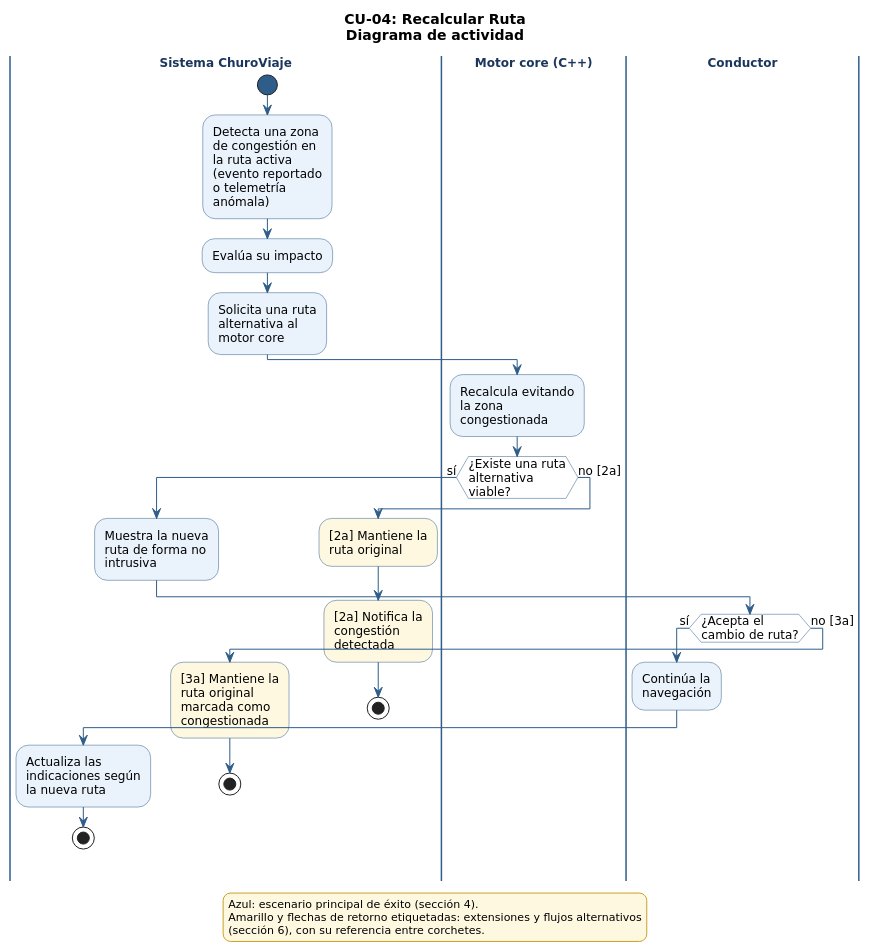
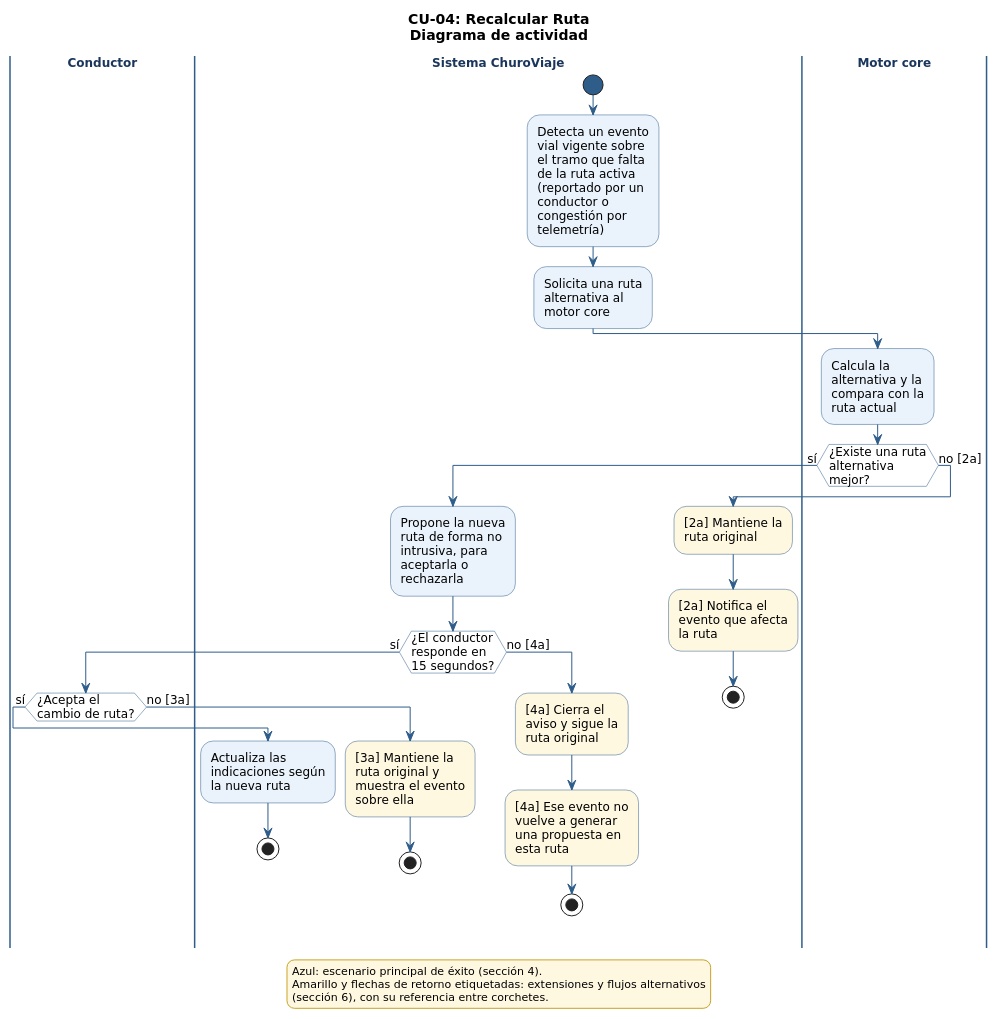
One commit to uniWASD/ChuroViajeInterno changed the diagram in 03_des/01_Diagramas_de_comportamiento/CU-04_RecalcularRuta.puml. Above: the diagram before and after it, drawn with PlantUML. The commit also changed 59 other files, not shown here.

Commit message:
docs(req): alinear Visión, CU, HU y diagramas con la arquitectura (T-086, #38)

```diff
--- a/03_des/01_Diagramas_de_comportamiento/CU-04_RecalcularRuta.puml
+++ b/03_des/01_Diagramas_de_comportamiento/CU-04_RecalcularRuta.puml
@@ -1,86 +1,101 @@
 @startuml CU-04_RecalcularRuta
 ' CU-04: Recalcular Ruta - Diagrama de comportamiento (actividad)
 ' Fuente: 02_req - Especificación de Casos de Uso (CU-01 a CU-08), secciones 4 y 6
-' Issue: T-045
+' Issue: T-045 (actualizado en T-086)
 
 skinparam shadowing false
 skinparam defaultFontName "DejaVu Sans"
 skinparam defaultFontSize 12
 skinparam wrapWidth 200
 skinparam ArrowColor #2F5D8A
 skinparam activity {
   BackgroundColor #EAF2FB
   BorderColor #2F5D8A
   DiamondBackgroundColor #FFFFFF
   DiamondBorderColor #2F5D8A
   StartColor #2F5D8A
   EndColor #2F5D8A
 }
 skinparam swimlane {
   BorderColor #2F5D8A
   TitleFontStyle bold
   TitleFontColor #1B365D
 }
 skinparam legend {
   BackgroundColor #FFF8E1
   BorderColor #C9A227
   FontSize 11
 }
 
 title CU-04: Recalcular Ruta\nDiagrama de actividad
 
+|Conductor|
 |Sistema ChuroViaje|
 start
-:Detecta una zona
-de congestión en
-la ruta activa
-(evento reportado
-o telemetría
-anómala);
-:Evalúa su impacto;
+:Detecta un evento
+vial vigente sobre
+el tramo que falta
+de la ruta activa
+(reportado por un
+conductor o
+congestión por
+telemetría);
 :Solicita una ruta
 alternativa al
 motor core;
-|Motor core (C++)|
-:Recalcula evitando
-la zona
-congestionada;
-if (¿Existe una ruta\nalternativa\nviable?) then (sí)
+|Motor core|
+:Calcula la
+alternativa y la
+compara con la
+ruta actual;
+if (¿Existe una ruta\nalternativa\nmejor?) then (sí)
   |Sistema ChuroViaje|
-  :Muestra la nueva
+  :Propone la nueva
 ruta de forma no
-intrusiva;
-  |Conductor|
-  if (¿Acepta el\ncambio de ruta?) then (sí)
-    :Continúa la
-navegación;
-    |Sistema ChuroViaje|
-    :Actualiza las
+intrusiva, para
+aceptarla o
+rechazarla;
+  if (¿El conductor\nresponde en\n15 segundos?) then (sí)
+    |Conductor|
+    if (¿Acepta el\ncambio de ruta?) then (sí)
+      |Sistema ChuroViaje|
+      :Actualiza las
 indicaciones según
 la nueva ruta;
-    stop
-  else (no [3a])
+      stop
+    else (no [3a])
+      |Sistema ChuroViaje|
+      #FFF8E1:[3a] Mantiene la
+ruta original y
+muestra el evento
+sobre ella;
+      stop
+    endif
+  else (no [4a])
     |Sistema ChuroViaje|
-    #FFF8E1:[3a] Mantiene la
-ruta original
-marcada como
-congestionada;
+    #FFF8E1:[4a] Cierra el
+aviso y sigue la
+ruta original;
+    #FFF8E1:[4a] Ese evento no
+vuelve a generar
+una propuesta en
+esta ruta;
     stop
   endif
 else (no [2a])
   |Sistema ChuroViaje|
   #FFF8E1:[2a] Mantiene la
 ruta original;
-  #FFF8E1:[2a] Notifica la
-congestión
-detectada;
+  #FFF8E1:[2a] Notifica el
+evento que afecta
+la ruta;
   stop
 endif
 
 legend bottom
   Azul: escenario principal de éxito (sección 4).
   Amarillo y flechas de retorno etiquetadas: extensiones y flujos alternativos
   (sección 6), con su referencia entre corchetes.
 endlegend
 
 @enduml
```
